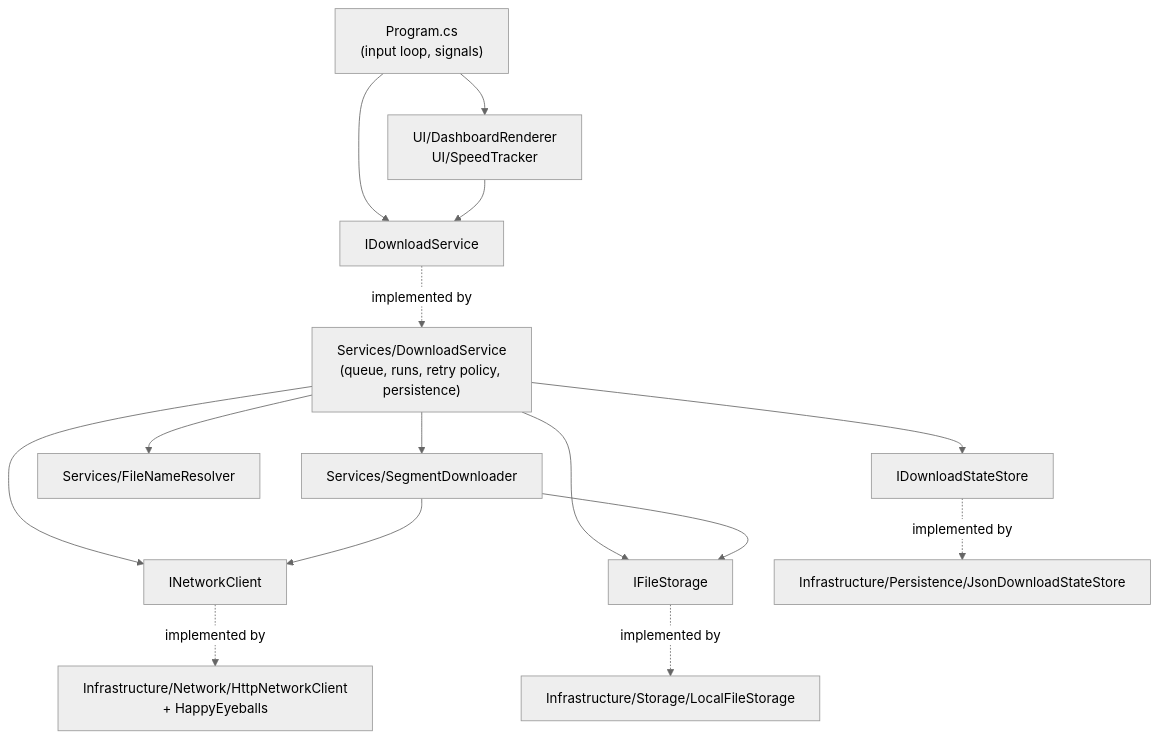
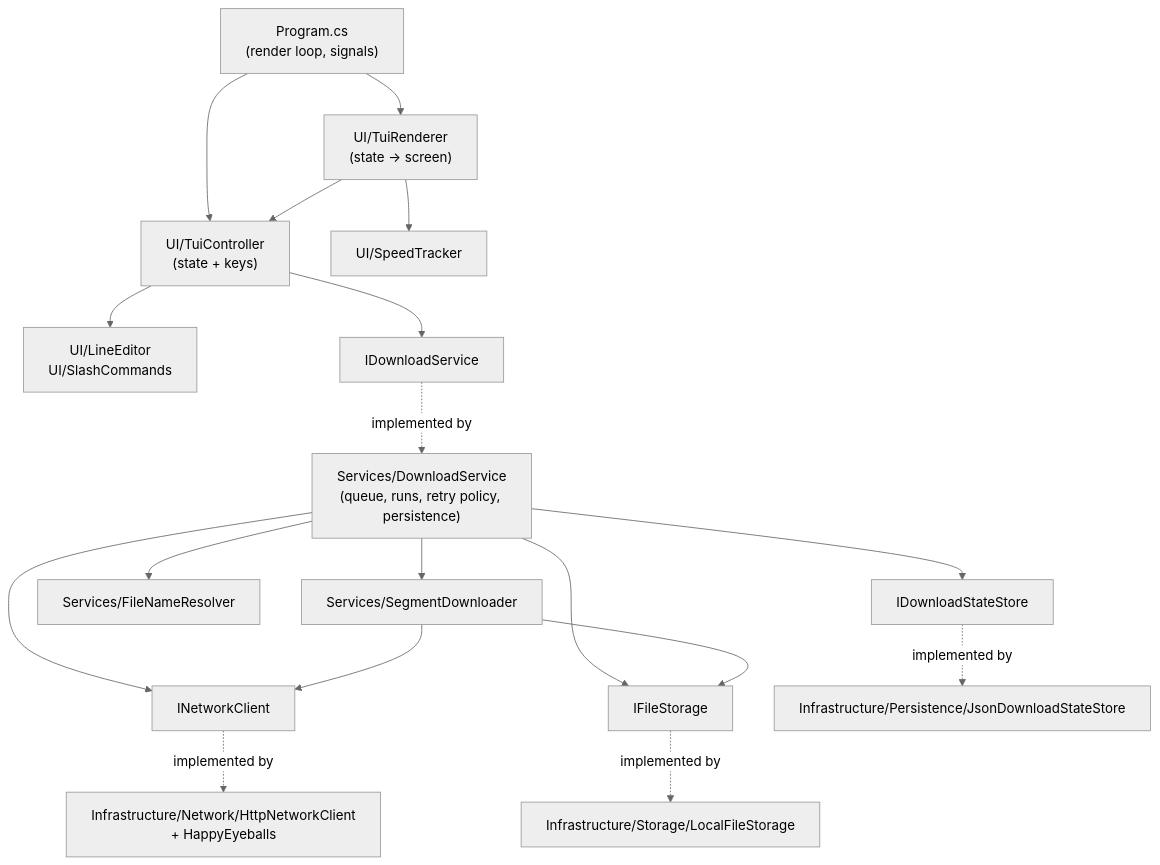
Before and after one commit to Parth2500/Sleipnir: the first of 3 diagrams in docs/ARCHITECTURE.md, drawn with Mermaid (neutral theme). The commit also changed other lines of this file and 23 other files, not shown here.

````diff
--- a/docs/ARCHITECTURE.md
+++ b/docs/ARCHITECTURE.md
@@ -14,17 +14,20 @@
 ```mermaid
 flowchart TD
-    Program["Program.cs<br/>(input loop, signals)"] --> UI["UI/DashboardRenderer<br/>UI/SpeedTracker"]
-    Program --> IDS["IDownloadService"]
-    UI --> IDS
+    Program["Program.cs<br/>(render loop, signals)"] --> TC["UI/TuiController<br/>(state + keys)"]
+    Program --> TR["UI/TuiRenderer<br/>(state → screen)"]
+    TC --> LE["UI/LineEditor<br/>UI/SlashCommands"]
+    TR --> TC
+    TR --> SPD["UI/SpeedTracker"]
+    TC --> IDS["IDownloadService"]
     IDS -.implemented by.-> DS["Services/DownloadService<br/>(queue, runs, retry policy, persistence)"]
     DS --> SD["Services/SegmentDownloader"]
     DS --> FNR["Services/FileNameResolver"]
     DS --> INC["INetworkClient"]
     DS --> IFS["IFileStorage"]
     DS --> ISS["IDownloadStateStore"]
     SD --> INC
     SD --> IFS
     INC -.implemented by.-> HNC["Infrastructure/Network/HttpNetworkClient<br/>+ HappyEyeballs"]
     IFS -.implemented by.-> LFS["Infrastructure/Storage/LocalFileStorage"]
     ISS -.implemented by.-> JSS["Infrastructure/Persistence/JsonDownloadStateStore"]
 ```
````
